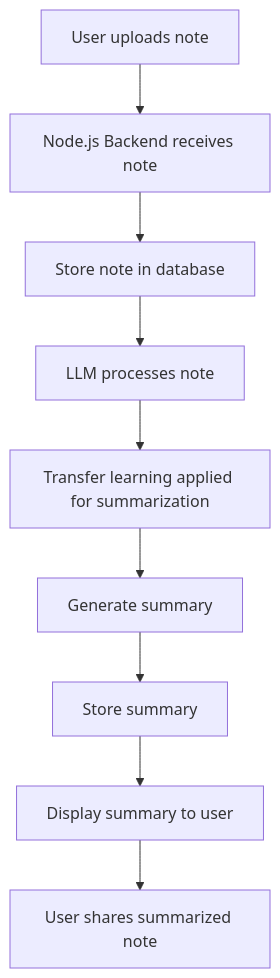
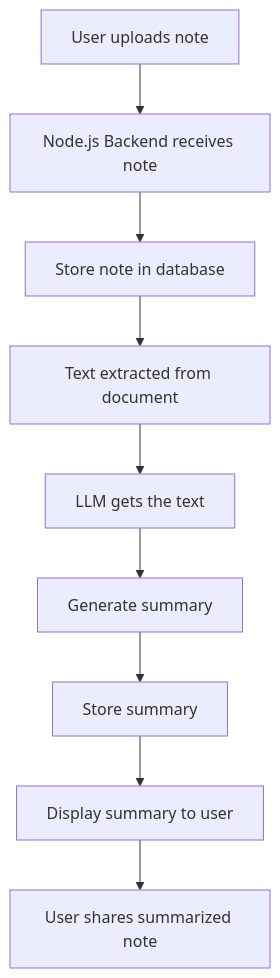
Before and after one commit to godsneverdie/SmartNoteShare: the diagram in README.md, drawn with Mermaid.

````diff
--- a/README.md
+++ b/README.md
@@ -113,11 +113,11 @@
 ```mermaid 
    graph TD
    A[User uploads note] --> B[Node.js Backend receives note]
    B --> C[Store note in database]
-   C --> D[LLM processes note]
-   D --> E[Transfer learning applied for summarization]
+   C --> D[Text extracted from document]
+   D --> E[LLM gets the text]
    E --> F[Generate summary]
    F --> G[Store summary]
    G --> H[Display summary to user]
    H --> I[User shares summarized note]
    ```
````
